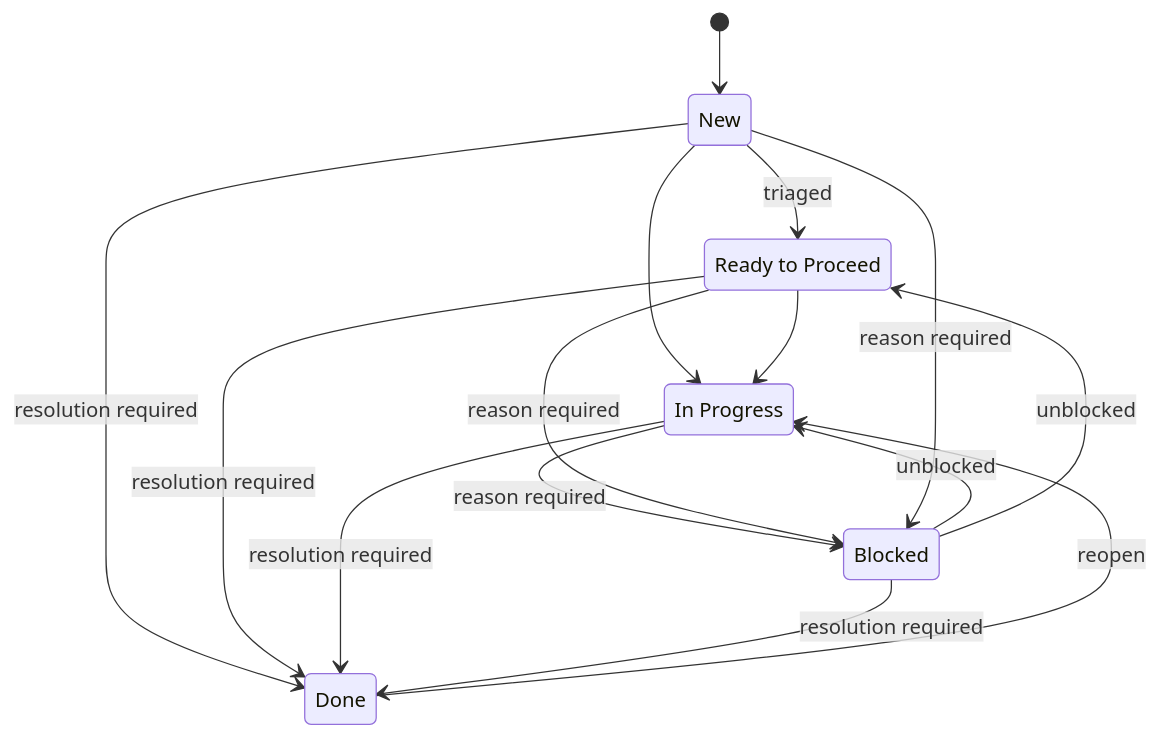
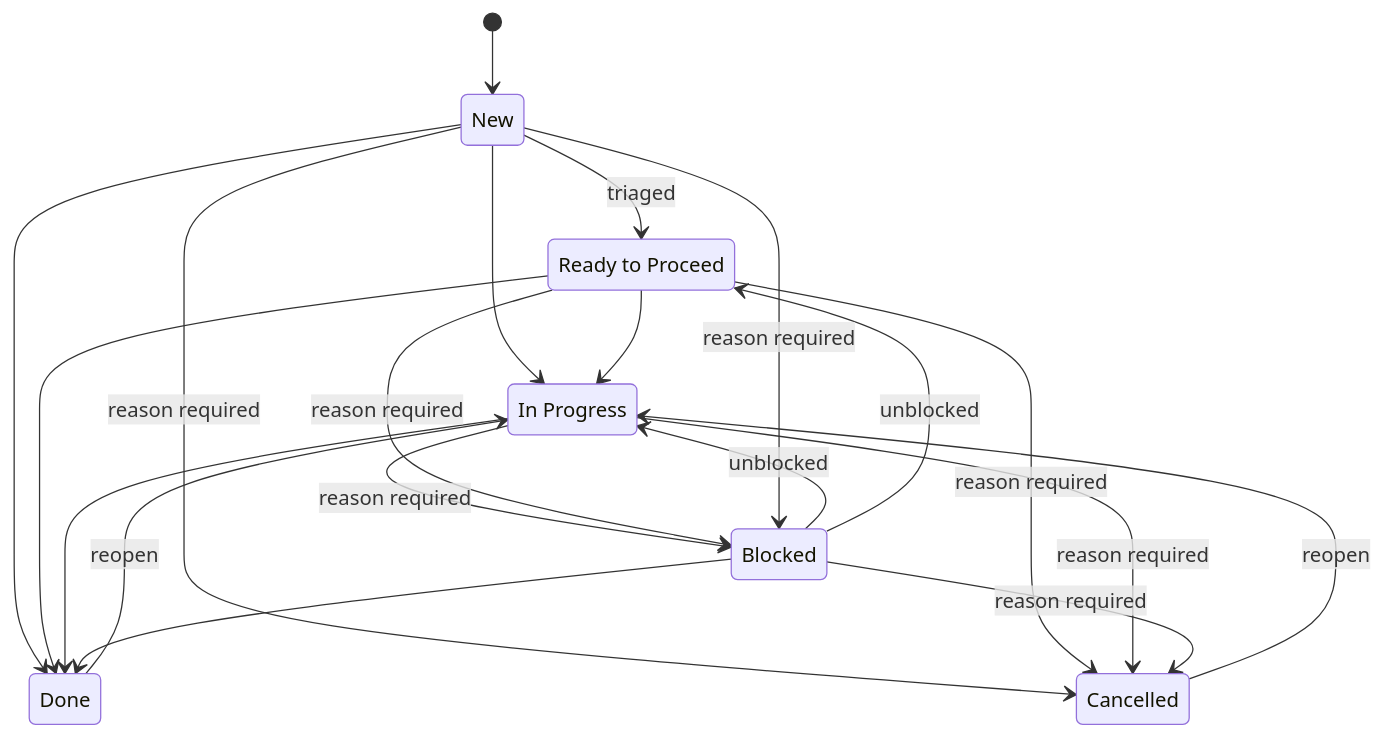
The third of 3 diagrams in docs/specification.md (AlexanderHultsch/AI_OIL), drawn with Mermaid before and after one commit. The commit also changed other lines of this file and 1 other file, not shown here.

````diff
--- a/docs/specification.md
+++ b/docs/specification.md
@@ -309,19 +309,24 @@
 ```mermaid
 stateDiagram-v2
     [*] --> New
     New --> ReadyToProceed : triaged
     New --> InProgress
     ReadyToProceed --> InProgress
     InProgress --> Blocked : reason required
     ReadyToProceed --> Blocked : reason required
     New --> Blocked : reason required
     Blocked --> InProgress : unblocked
     Blocked --> ReadyToProceed : unblocked
-    New --> Done : resolution required
-    ReadyToProceed --> Done : resolution required
-    InProgress --> Done : resolution required
-    Blocked --> Done : resolution required
+    New --> Done
+    ReadyToProceed --> Done
+    InProgress --> Done
+    Blocked --> Done
+    New --> Cancelled : reason required
+    ReadyToProceed --> Cancelled : reason required
+    InProgress --> Cancelled : reason required
+    Blocked --> Cancelled : reason required
     Done --> InProgress : reopen
+    Cancelled --> InProgress : reopen
     ReadyToProceed: Ready to Proceed
     InProgress: In Progress
 ```
````
